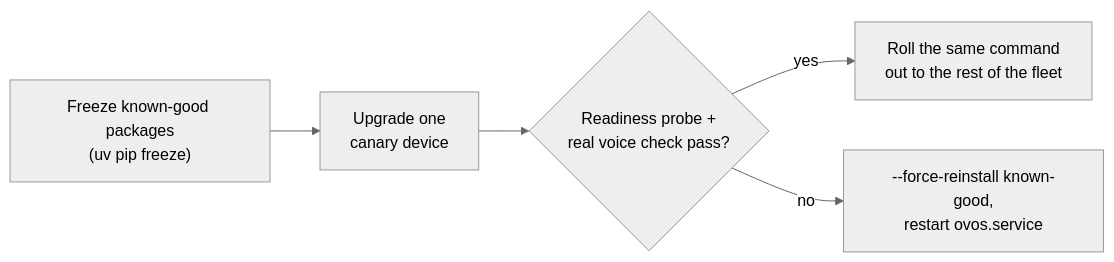
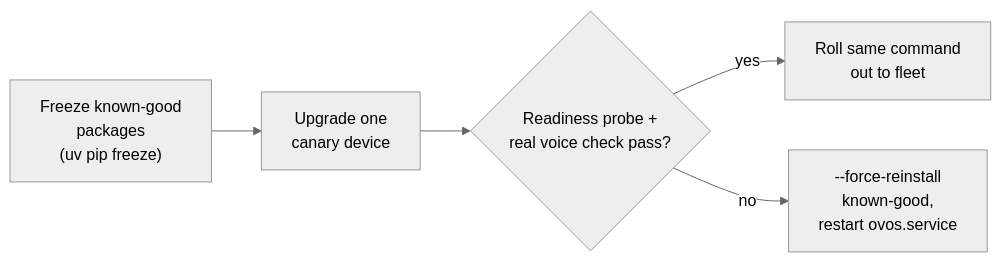
Before and after one commit to OpenVoiceOS/beta-technical-manual: the second of 2 diagrams in docs/production-operations.md, drawn with Mermaid (neutral theme). The commit also changed other lines of this file and 19 other files, not shown here.

First line of the commit message:
docs: fit diagrams to the content column; arena live URL

````diff
--- a/docs/production-operations.md
+++ b/docs/production-operations.md
@@ -356,7 +356,7 @@
 ```mermaid
 flowchart LR
-    Freeze["Freeze known-good packages\n(uv pip freeze)"] --> Canary[Upgrade one\ncanary device]
-    Canary --> Verify{Readiness probe +\nreal voice check pass?}
-    Verify -- yes --> Fleet[Roll the same command\nout to the rest of the fleet]
-    Verify -- no --> Rollback["--force-reinstall known-good,\nrestart ovos.service"]
+    Freeze["Freeze known-good<br/>packages<br/>(uv pip freeze)"] --> Canary[Upgrade one<br/>canary device]
+    Canary --> Verify{Readiness probe +<br/>real voice check pass?}
+    Verify -- yes --> Fleet[Roll same command<br/>out to fleet]
+    Verify -- no --> Rollback["--force-reinstall<br/>known-good,<br/>restart ovos.service"]
 ```
````
